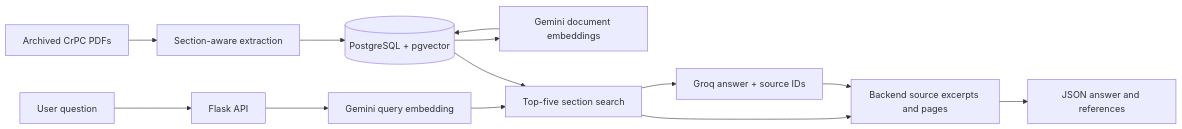
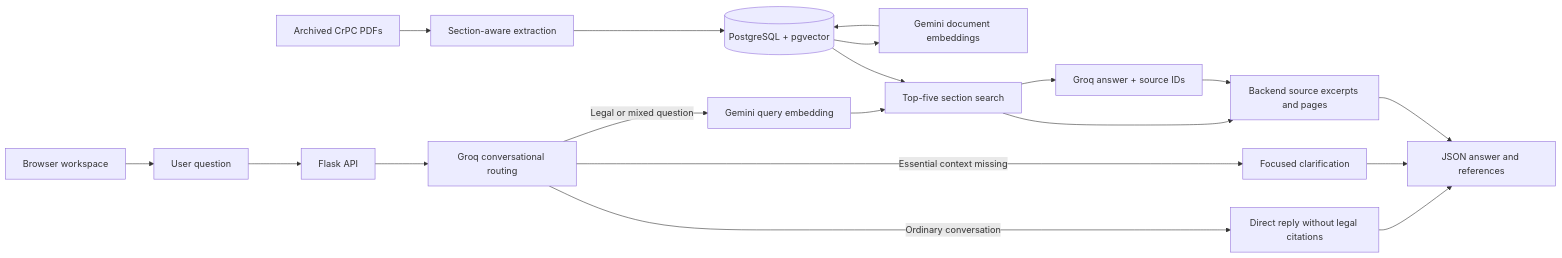
One commit to nahid2003131/AinBondhu changed the diagram in README.md. Above: the diagram before and after it, drawn with Mermaid. The commit also changed other lines of this file and 10 other files, not shown here.

````diff
--- a/README.md
+++ b/README.md
@@ -31,15 +31,21 @@
 ```mermaid
 flowchart LR
     PDFs[Archived CrPC PDFs] --> Ingest[Section-aware extraction]
     Ingest --> DB[(PostgreSQL + pgvector)]
     DB --> Embed[Gemini document embeddings]
     Embed --> DB
     Question[User question] --> Flask[Flask API]
-    Flask --> Query[Gemini query embedding]
+    Browser[Browser workspace] --> Question
+    Flask --> Route[Groq conversational routing]
+    Route -->|Ordinary conversation| Chat[Direct reply without legal citations]
+    Route -->|Essential context missing| Clarify[Focused clarification]
+    Route -->|Legal or mixed question| Query[Gemini query embedding]
+    Chat --> Result
+    Clarify --> Result
     Query --> Search[Top-five section search]
     DB --> Search
     Search --> Groq[Groq answer + source IDs]
     Search --> Cite[Backend source excerpts and pages]
     Groq --> Cite
     Cite --> Result[JSON answer and references]
 ```
````
